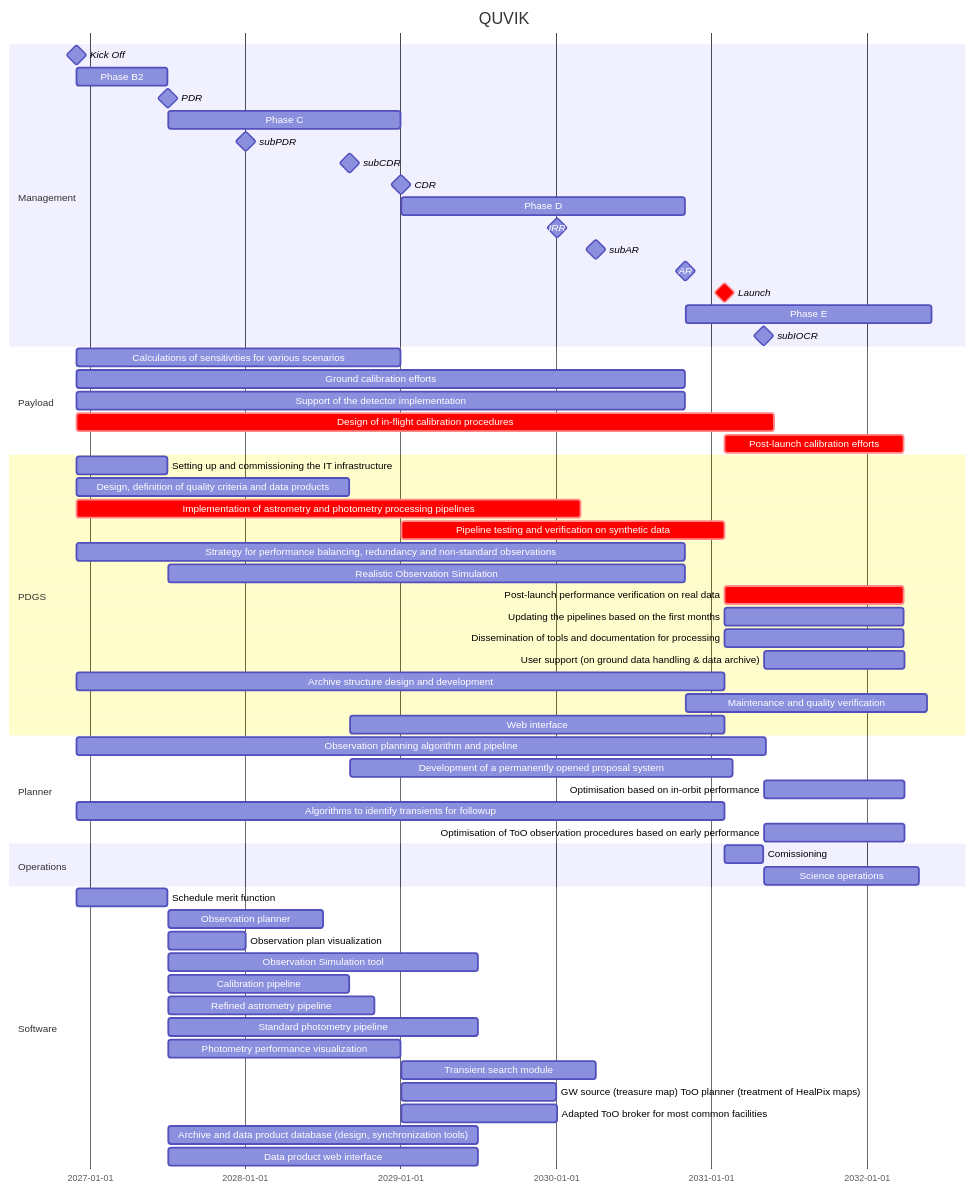
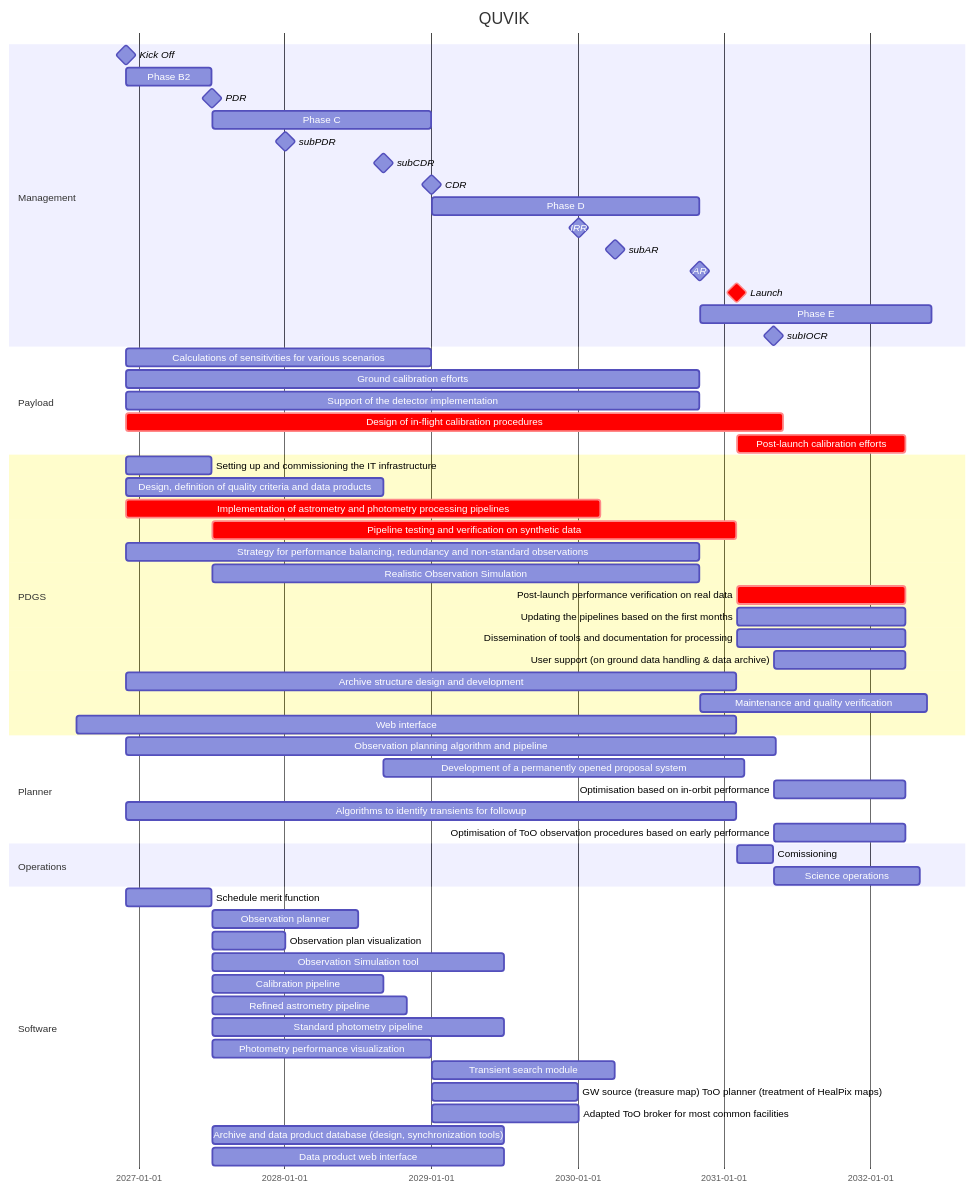
Before and after one commit to limu007/quvik: the diagram in calib/SOC.md, drawn with Mermaid.

Commit message:
Update timeline for pipeline testing and web interface

````diff
--- a/calib/SOC.md
+++ b/calib/SOC.md
@@ -1,68 +1,68 @@
 ```mermaid
 gantt
     title QUVIK
     dateFormat  YYYY-MM-DD
     section Management
     Kick Off : milestone, m1, 2026-12-01, 1d
     Phase B2 : b2, after m1, 213d
     PDR : milestone, pdr, after b2, 1d
     Phase C : c1, after pdr, 547d
     subPDR :  milestone, sp1, after SD-3, 1d
     subCDR :  milestone, sc1, after SD-5, 1d
     CDR : milestone, cdr, after c1, 1d
     Phase D : d1, after cdr, 668d
     IRR : milestone, irr, after SD-11, 1d
     subAR: milestone, sar, after SD-9, 1d
     AR : milestone, ar, after d1, 1d
     Launch : crit, milestone, frr, after fol, 1d
     Phase E : e1, after ar, 578d
     subIOCR : milestone, iocr, after e2, 1d
 
     section Payload
     Calculations of sensitivities for various scenarios :  after m1 , until cdr
     Ground calibration efforts :  after m1 , until ar
     Support of the detector implementation :  after m1 , until ar 
     Design of in-flight calibration procedures : crit, dcal, after m1 , 234w
     Post-launch calibration efforts : crit, after frr , 420d
 
     section PDGS
     Setting up and commissioning the IT infrastructure : after m1, until pdr
     Design, definition of quality criteria and data products : 	des, after m1	, until sc1
     Implementation of astrometry and photometry processing pipelines :crit, imp, after m1 , 169w
-    Pipeline testing and verification on synthetic data :crit,  pp, after cdr, until frr
+    Pipeline testing and verification on synthetic data :crit,  pp, after pdr, until frr
     Strategy for performance balancing, redundancy and non-standard observations :  after m1 , until ar
     Realistic Observation Simulation :  after pdr , until ar
     Post-launch performance verification on real data :crit,   after frr , 420d
     Updating the pipelines based on the first months :  after frr , 420d
     Dissemination of tools and documentation for processing :  after frr , 420d
      User support (on ground data handling & data archive) :  after iocr , 330d
      Archive structure design and development :  after m1 , until frr
      Maintenance and quality verification :  after ar , 81w
-     Web interface :  after sc1 , until frr
+     Web interface :  after ko , until frr
 
     section Planner
     Observation planning algorithm and pipeline :  after m1 , 1620d
     Development of a permanently opened proposal system : after sc1 , 900d
     Optimisation based on in-orbit performance :  after iocr , 330d
     Algorithms to identify transients for followup : fol, after m1 , 1522d
     Optimisation of ToO observation procedures based on early performance :  after iocr , 330d
 
     section Operations
     Comissioning : e2, after frr, 13w
     Science operations : e3, after iocr, 52w
 
     section Software
         Schedule merit function: SD-2, after m1, 212d
         Observation planner: SD-2, after pdr, 364d
         Observation plan visualization: SD-3, after pdr, 182d
         Observation Simulation tool: SD-4, after pdr, 729d
         Calibration pipeline: SD-5, after pdr, 427d
         Refined astrometry pipeline: SD-6, after pdr, 486d
         Standard photometry pipeline: SD-7, after pdr, 729d
         Photometry performance visualization: SD-8, after pdr, 547d
         Transient search module: SD-9, after cdr, 457d
         GW source (treasure map) ToO planner (treatment of HealPix maps): SD-10, after cdr, 364d
         Adapted ToO broker for most common facilities: SD-11, after cdr, 366d
         Archive and data product database (design, synchronization tools): SD-12, after pdr, 729d
         Data product web interface: SD-13, after pdr, 729d
 ```
````
